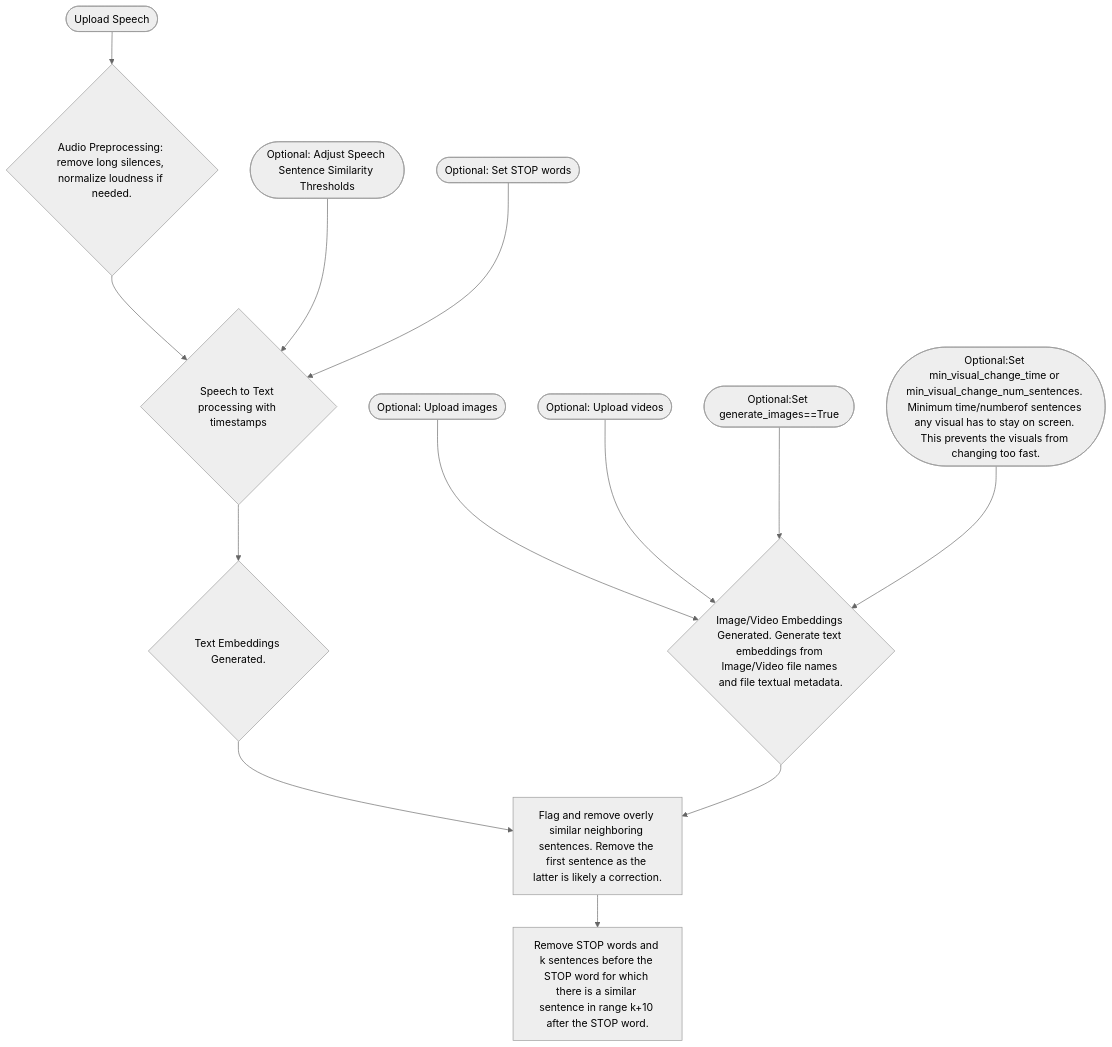
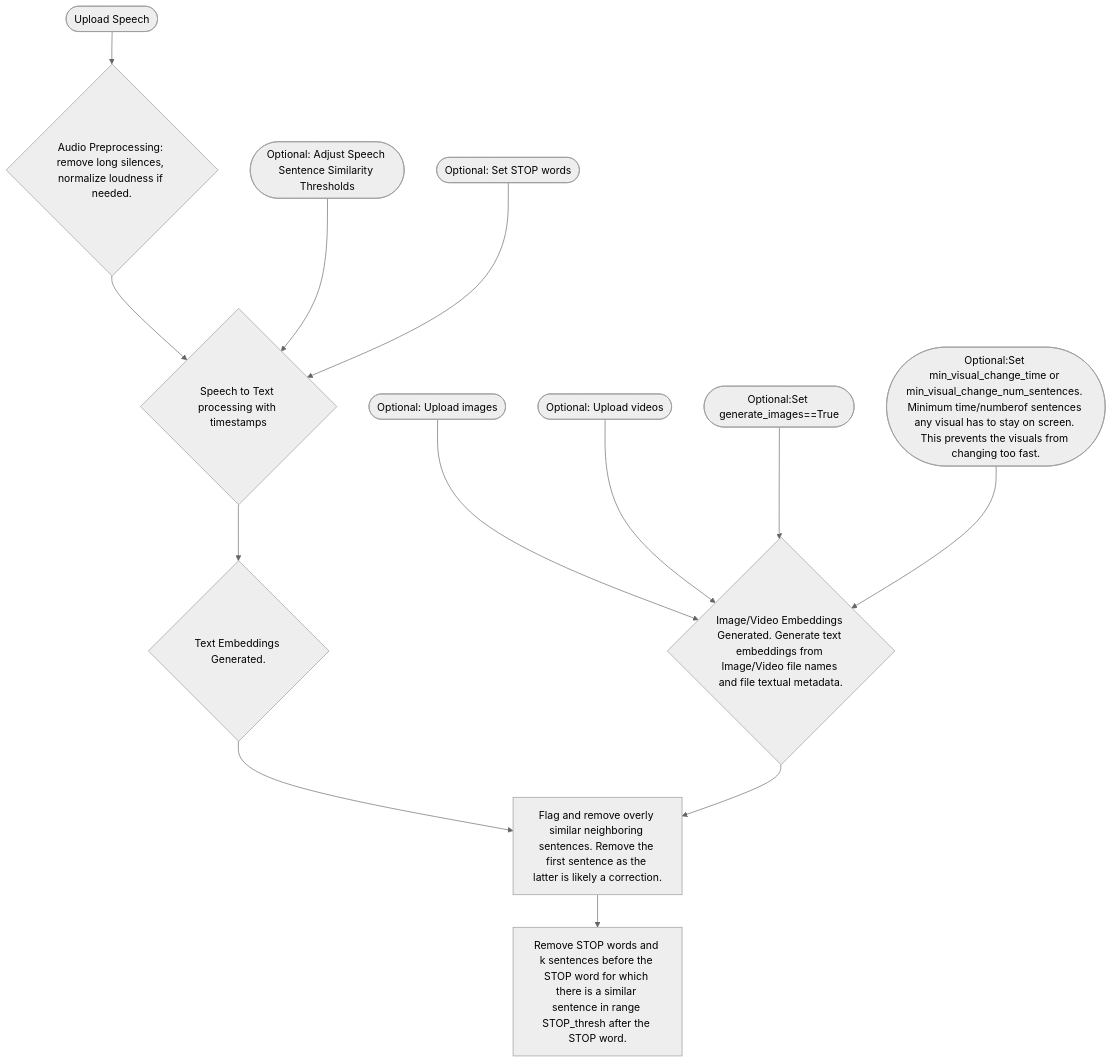
The diagram in README.md (GeorgeDavila/yappy-video-editor), drawn with Mermaid (neutral theme) before and after one commit.

Commit message:
mermaid diagram editing

````diff
--- a/README.md
+++ b/README.md
@@ -9,18 +9,18 @@
 ```mermaid
 graph TD;
     A1(["Upload Speech"])-->B0{"Audio Preprocessing: remove long silences, normalize loudness if needed."};
-    B0-->B1{"Speech to Text processing with timestamps"}
-    B1-->B3{"Text Embeddings Generated."};
+    B0-->STT_MODEL{"Speech to Text processing with timestamps"}
+    STT_MODEL-->B3{"Text Embeddings Generated."};
     A2(["Optional: Upload images"])-->B2{"Image/Video Embeddings Generated. Generate text embeddings from Image/Video file names and file textual metadata."};
     A3(["Optional: Upload videos"])-->B2;
 
     B3-->C1["Flag and remove overly similar neighboring sentences. Remove the first sentence as the latter is likely a correction."];
-    C1-->C2["Remove STOP words and k sentences before the STOP word for which there is a similar sentence in range k+10 after the STOP word."];
+    C1-->C2["Remove STOP words and k sentences before the STOP word for which there is a similar sentence in range STOP_thresh after the STOP word."];
     B2-->C1;
     
-    PARAM1(["Optional: Adjust Speech Sentence Similarity Thresholds"])-->B1;
-    PARAM2(["Optional: Set STOP words"])-->B1;
+    PARAM1(["Optional: Adjust Speech Sentence Similarity Thresholds"])-->STT_MODEL;
+    PARAM2(["Optional: Set STOP words"])-->STT_MODEL;
     PARAM3(["Optional:Set generate_images==True"])-->B2;
     PARAM4(["Optional:Set min_visual_change_time or min_visual_change_num_sentences. Minimum time/numberof sentences any visual has to stay on screen. This prevents the visuals from changing too fast. "])-->B2;
 
 ```
````
